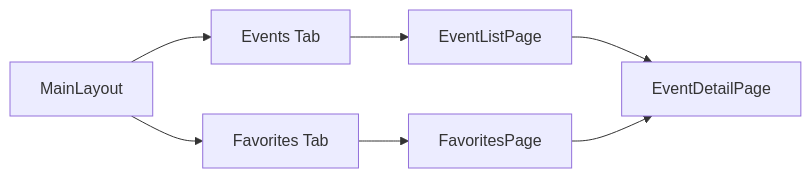
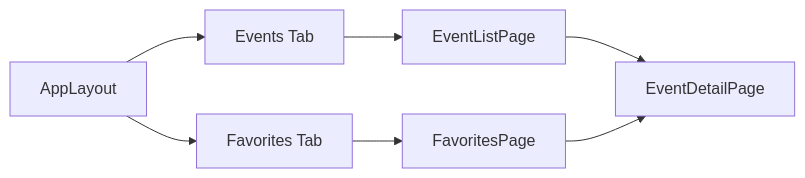
One commit to mjablecnik/Dancee-2.0 changed the seventh of 7 diagrams in .kiro/specs/flutter-architecture-refactor/design.md. Above: the diagram before and after it, drawn with Mermaid. The commit also changed other lines of this file and 1 other file, not shown here.

Commit message:
refactor: rename MainLayout to AppLayout in architecture files

````diff
--- a/.kiro/specs/flutter-architecture-refactor/design.md
+++ b/.kiro/specs/flutter-architecture-refactor/design.md
@@ -2620,9 +2620,9 @@
 ```mermaid
 graph LR
-    A[MainLayout] --> B[Events Tab]
+    A[AppLayout] --> B[Events Tab]
     A --> C[Favorites Tab]
     B --> D[EventListPage]
     C --> E[FavoritesPage]
     D --> F[EventDetailPage]
     E --> F
 ```
````
